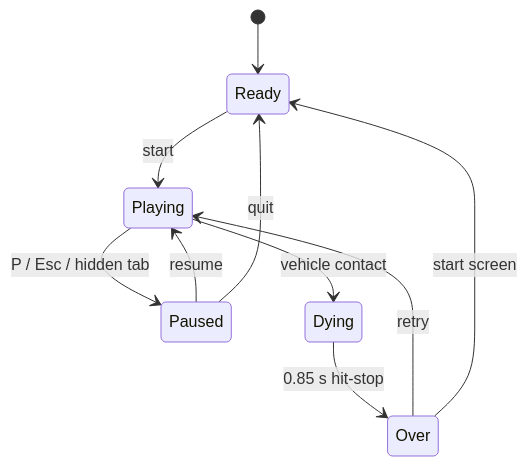
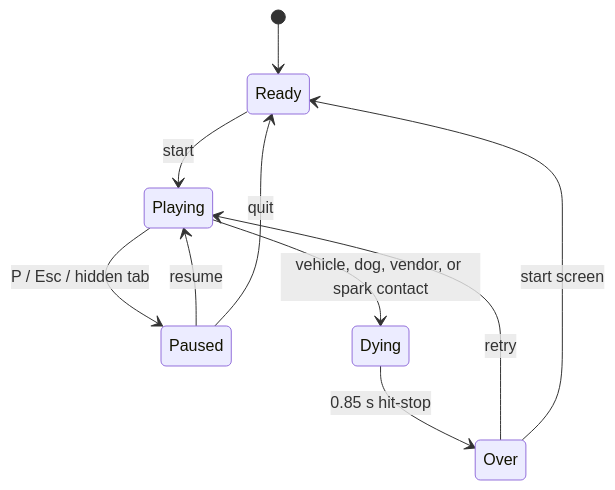
The diagram in README.md (ITSyndicate25/kalsada-cat), drawn with Mermaid before and after one commit. The commit also changed other lines of this file, not shown here.

````diff
--- a/README.md
+++ b/README.md
@@ -58,12 +93,12 @@
 ```mermaid
 stateDiagram-v2
     [*] --> Ready
     Ready --> Playing: start
     Playing --> Paused: P / Esc / hidden tab
     Paused --> Playing: resume
     Paused --> Ready: quit
-    Playing --> Dying: vehicle contact
+    Playing --> Dying: vehicle, dog, vendor, or spark contact
     Dying --> Over: 0.85 s hit-stop
     Over --> Playing: retry
     Over --> Ready: start screen
 ```
````
